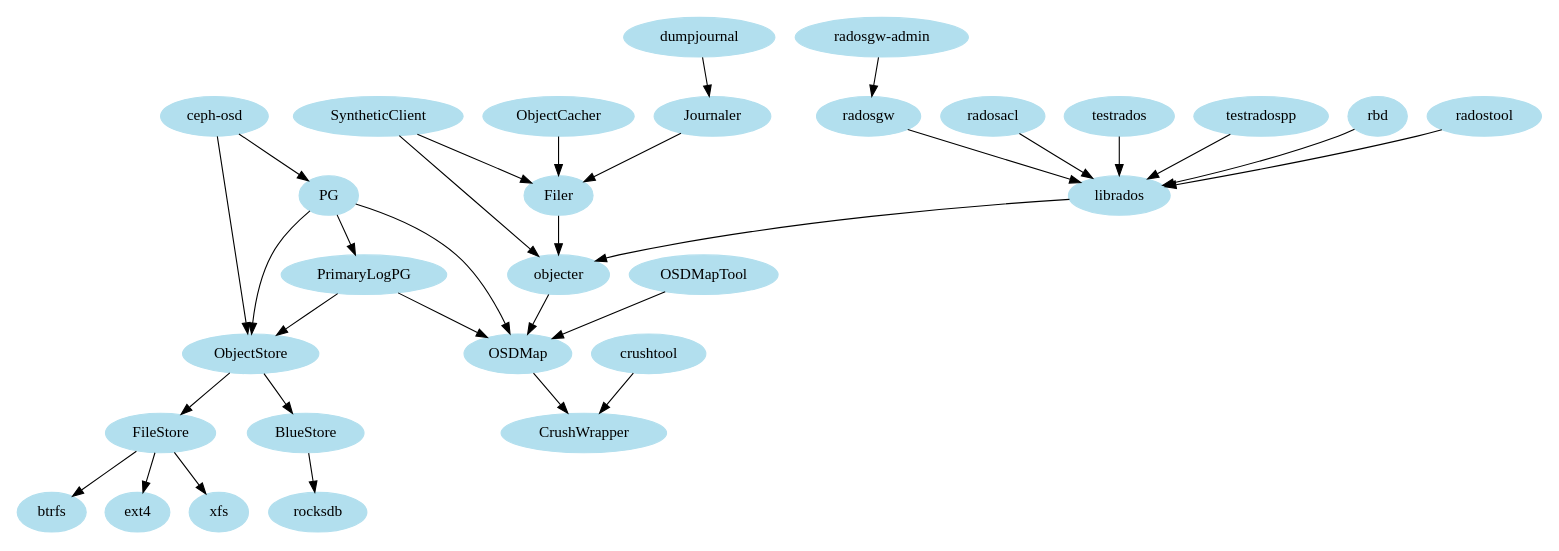
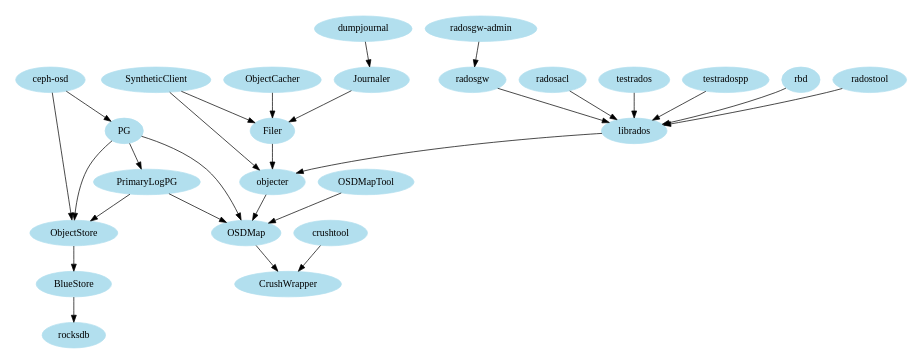
Before and after one commit to drunkard/ceph-Chinese-doc: the diagram in dev/object-store.rst, drawn with Graphviz. The commit also changed other lines of this file and 72 other files, not shown here.

```diff
--- a/dev/object-store.rst
+++ b/dev/object-store.rst
@@ -7,63 +6,54 @@
 .. graphviz::
 
-  /*
-   * Rough outline of object store module dependencies
-   */
-
-  digraph object_store {
-    size="12,12";
+   digraph object_store {
+    size="7,7";
     node [color=lightblue2, style=filled, fontname="Serif"];
 
     "testrados" -> "librados"
     "testradospp" -> "librados"
 
     "rbd" -> "librados"
 
     "radostool" -> "librados"
 
     "radosgw-admin" -> "radosgw"
 
     "radosgw" -> "librados"
 
     "radosacl" -> "librados"
 
     "librados" -> "objecter"
 
     "ObjectCacher" -> "Filer"
 
     "dumpjournal" -> "Journaler"
 
     "Journaler" -> "Filer"
 
     "SyntheticClient" -> "Filer"
     "SyntheticClient" -> "objecter"
 
     "Filer" -> "objecter"
 
     "objecter" -> "OSDMap"
 
     "ceph-osd" -> "PG"
     "ceph-osd" -> "ObjectStore"
 
     "crushtool" -> "CrushWrapper"
 
     "OSDMap" -> "CrushWrapper"
 
     "OSDMapTool" -> "OSDMap"
 
     "PG" -> "PrimaryLogPG"
     "PG" -> "ObjectStore"
     "PG" -> "OSDMap"
 
     "PrimaryLogPG" -> "ObjectStore"
     "PrimaryLogPG" -> "OSDMap"
 
-    "ObjectStore" -> "FileStore"
     "ObjectStore" -> "BlueStore"
 
     "BlueStore" -> "rocksdb"
-
-    "FileStore" -> "xfs"
-    "FileStore" -> "btrfs"
-    "FileStore" -> "ext4"
   }
```
